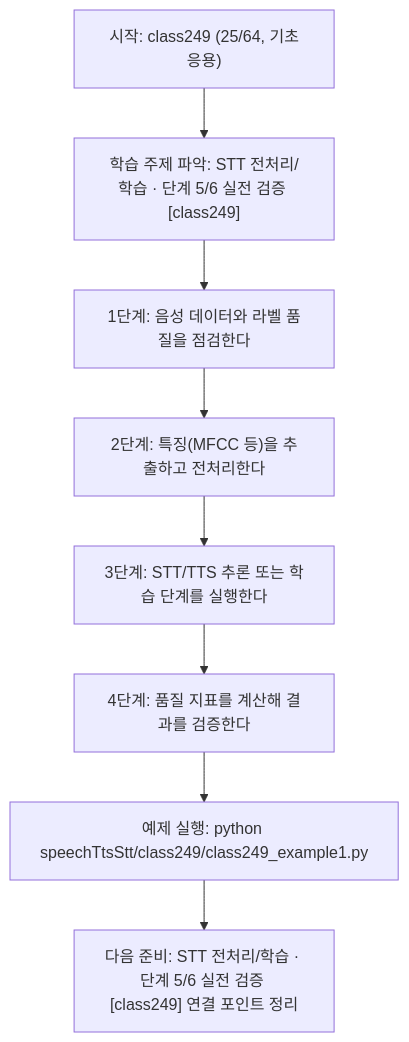
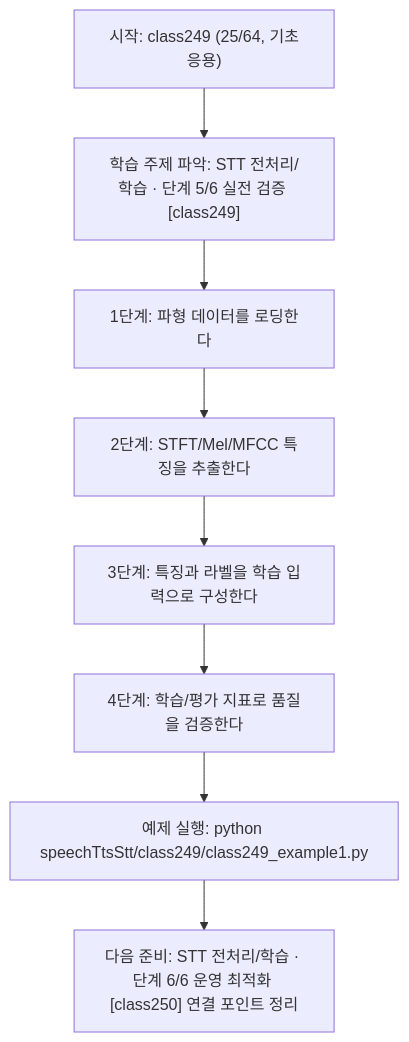
One commit to edumgt/Python-AI_Agent-Class changed the diagram in speechTtsStt/class249/class249.md. Above: the diagram before and after it, drawn with Mermaid. The commit also changed other lines of this file and 1122 other files, not shown here.

````diff
--- a/speechTtsStt/class249/class249.md
+++ b/speechTtsStt/class249/class249.md
@@ -114,18 +95,18 @@
 ```mermaid
 flowchart TD
 N1["시작: class249 (25/64, 기초응용)"]
 N2["학습 주제 파악: STT 전처리/학습 · 단계 5/6 실전 검증 [class249]"]
-N3["1단계: 음성 데이터와 라벨 품질을 점검한다"]
-N4["2단계: 특징(MFCC 등)을 추출하고 전처리한다"]
-N5["3단계: STT/TTS 추론 또는 학습 단계를 실행한다"]
-N6["4단계: 품질 지표를 계산해 결과를 검증한다"]
+N3["1단계: 파형 데이터를 로딩한다"]
+N4["2단계: STFT/Mel/MFCC 특징을 추출한다"]
+N5["3단계: 특징과 라벨을 학습 입력으로 구성한다"]
+N6["4단계: 학습/평가 지표로 품질을 검증한다"]
 N7["예제 실행: python speechTtsStt/class249/class249_example1.py"]
-N8["다음 준비: STT 전처리/학습 · 단계 5/6 실전 검증 [class249] 연결 포인트 정리"]
+N8["다음 준비: STT 전처리/학습 · 단계 6/6 운영 최적화 [class250] 연결 포인트 정리"]
 N1 --> N2
 N2 --> N3
 N3 --> N4
 N4 --> N5
 N5 --> N6
 N6 --> N7
 N7 --> N8
 ```
````
